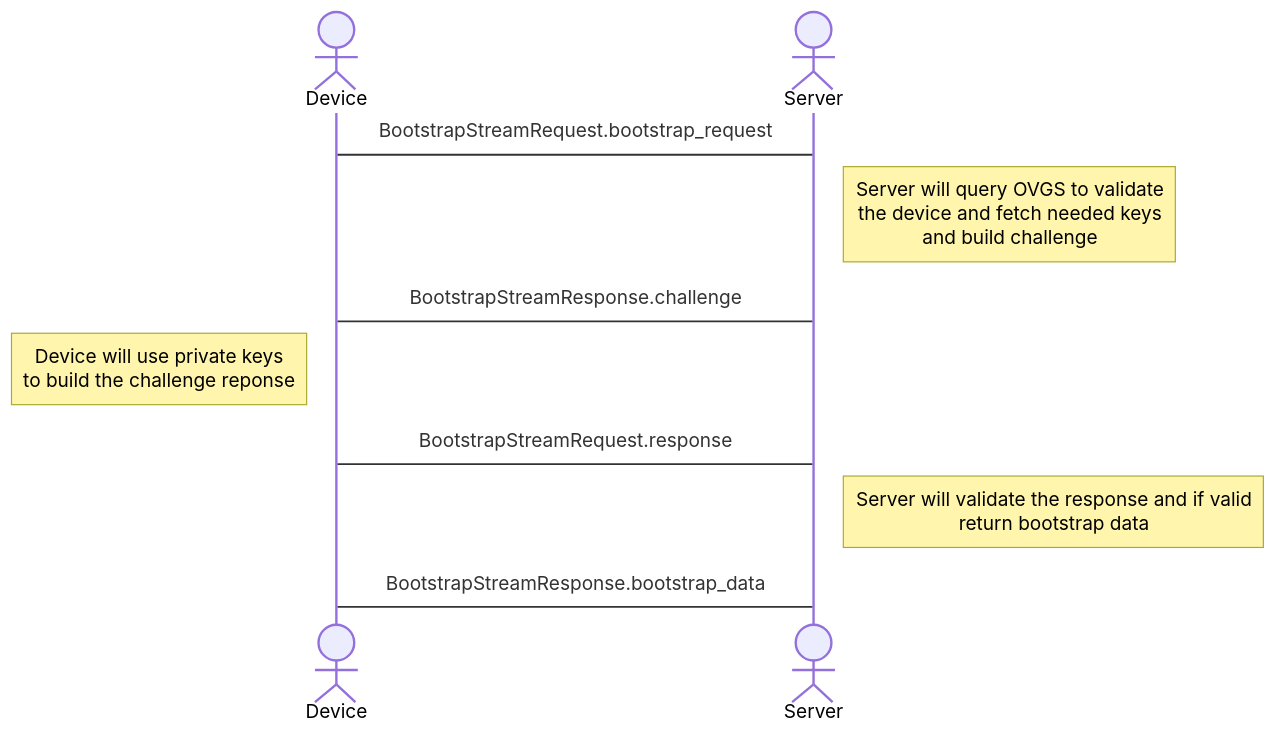
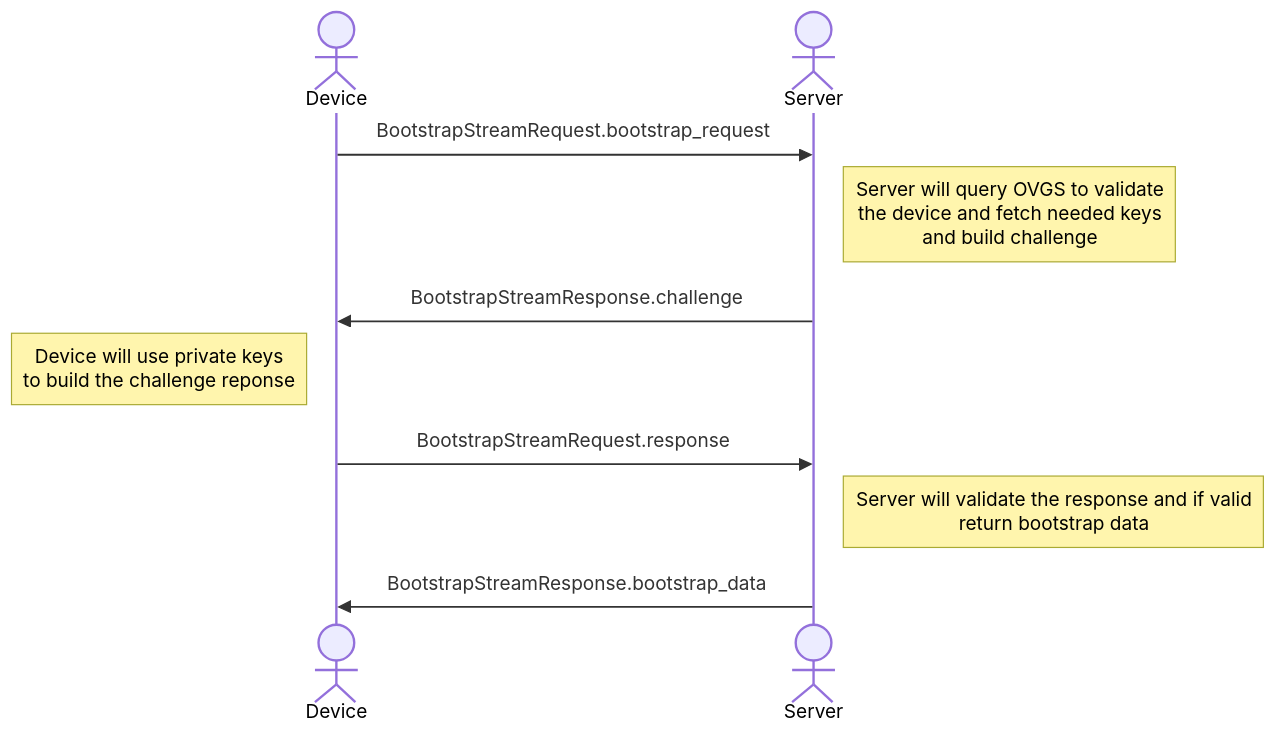
The first of 2 diagrams in feature/system/secure_boot/tests/bootz/README.md (openconfig/featureprofiles), drawn with Mermaid before and after one commit. The commit also changed other lines of this file and 1 other file, not shown here.

````diff
--- a/feature/system/secure_boot/tests/bootz/README.md
+++ b/feature/system/secure_boot/tests/bootz/README.md
@@ -204,12 +204,12 @@
 ```mermaid
 sequenceDiagram
    actor Device
    actor Server
-   Device->Server: BootstrapStreamRequest.bootstrap_request
+   Device->>Server: BootstrapStreamRequest.bootstrap_request
    Note right of Server: Server will query OVGS to validate<br>the device and fetch needed keys<br>and build challenge
-   Server->Device: BootstrapStreamResponse.challenge
+   Server->>Device: BootstrapStreamResponse.challenge
    Note left of Device: Device will use private keys<br>to build the challenge reponse
-   Device->Server: BootstrapStreamRequest.response
+   Device->>Server: BootstrapStreamRequest.response
    Note right of Server: Server will validate the response and if valid<br>return bootstrap data
-   Server->Device: BootstrapStreamResponse.bootstrap_data
+   Server->>Device: BootstrapStreamResponse.bootstrap_data
 ```
````
